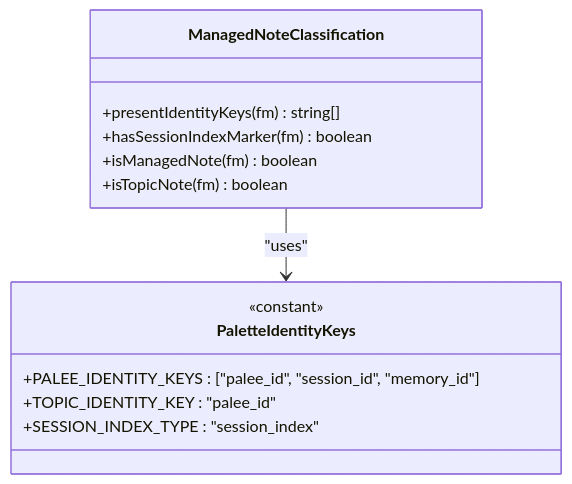
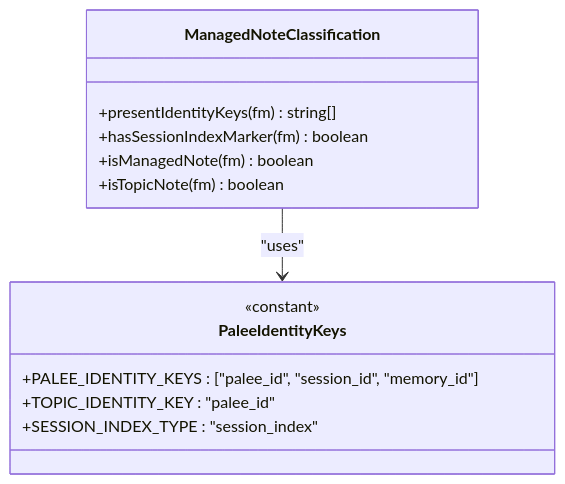
The fifth of 10 diagrams in Validation Framework/Vault Collection System.md (Kuldeep2822k/palee-architecture), drawn with Mermaid before and after one commit. The commit also changed other lines of this file and 4 other files, not shown here.

Commit message:
docs(validation): fix format contract, rule diagram edges and collection order

````diff
--- a/Validation Framework/Vault Collection System.md
+++ b/Validation Framework/Vault Collection System.md
@@ -183,18 +183,18 @@
 ```mermaid
 classDiagram
     class ManagedNoteClassification {
         +presentIdentityKeys(fm) string[]
         +hasSessionIndexMarker(fm) boolean
         +isManagedNote(fm) boolean
         +isTopicNote(fm) boolean
     }
 
-    class PaletteIdentityKeys {
+    class PaleeIdentityKeys {
         <<constant>>
         +PALEE_IDENTITY_KEYS : ["palee_id", "session_id", "memory_id"]
         +TOPIC_IDENTITY_KEY : "palee_id"
         +SESSION_INDEX_TYPE : "session_index"
     }
 
-    ManagedNoteClassification --> PaletteIdentityKeys : "uses"
+    ManagedNoteClassification --> PaleeIdentityKeys : "uses"
 ```
````
